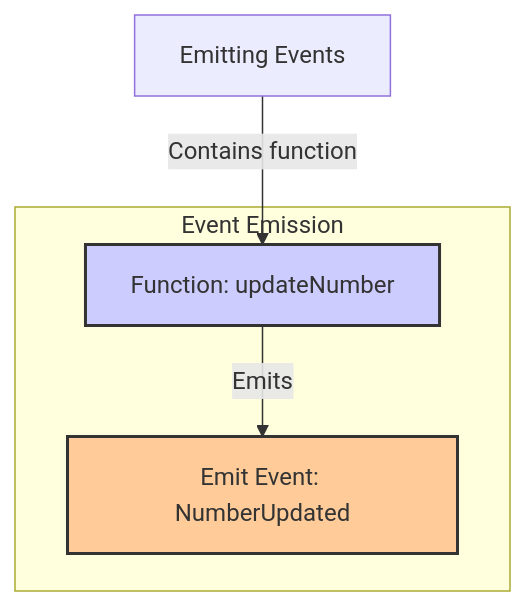
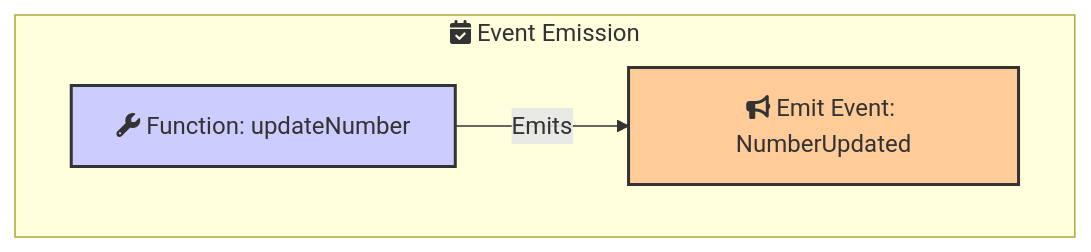
One commit to kelvin-bz/blog changed the eighth of 13 diagrams in _posts/2024-07-07-introduction-to-solidity.md. Above: the diagram before and after it, drawn with Mermaid. The commit also changed other lines of this file, not shown here.

````diff
--- a/_posts/2024-07-07-introduction-to-solidity.md
+++ b/_posts/2024-07-07-introduction-to-solidity.md
@@ -1316,20 +539,19 @@
 ```mermaid
-graph TB
-    emittingEvents["Emitting Events"]
-    updateNumberFunc["Function: updateNumber"]
-    emitNumberUpdated["Emit Event: NumberUpdated"]
+graph 
+    updateNumberFunc["fa:fa-wrench Function: updateNumber"]:::function
+    emitNumberUpdated["fa:fa-bullhorn Emit Event: NumberUpdated"]:::emit
 
-    emittingEvents -->|Contains function| updateNumberFunc
     updateNumberFunc -->|Emits| emitNumberUpdated
 
-    subgraph eventEmission["Event Emission"]
+    subgraph eventEmission["fa:fa-calendar-check Event Emission"]
         updateNumberFunc
         emitNumberUpdated
     end
 
     classDef function fill:#ccccff,stroke:#333,stroke-width:2px;
     classDef emit fill:#fc9,stroke:#333,stroke-width:2px;
 
     updateNumberFunc:::function
     emitNumberUpdated:::emit
+
 ```
````
